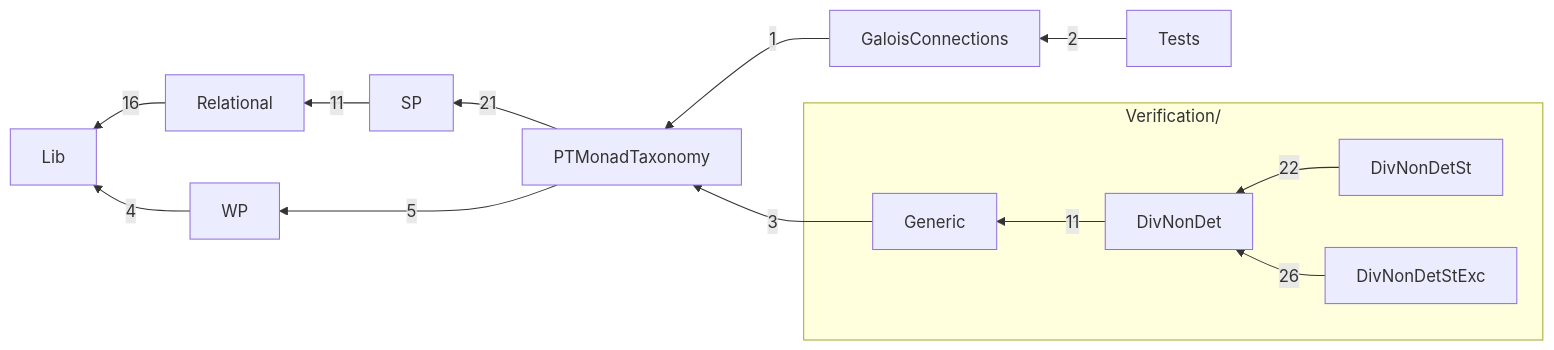
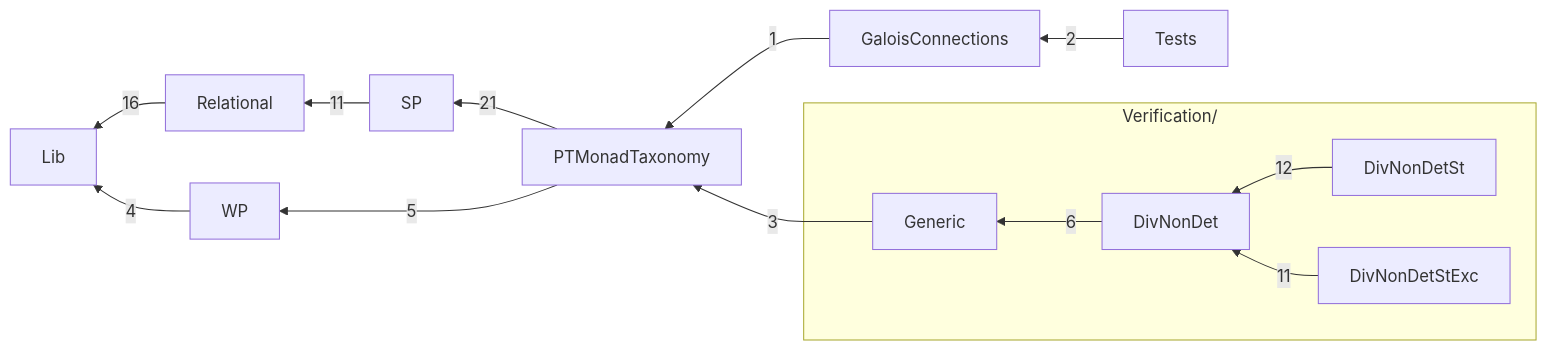
Before and after one commit to lastland/SpecMonad: the diagram in Code/README.md, drawn with Mermaid. The commit also changed 27 other files, not shown here.

````diff
--- a/Code/README.md
+++ b/Code/README.md
@@ -45,20 +45,20 @@
 ```mermaid
 flowchart RL
   subgraph Verification[Verification/]
     Verification_DivNonDet[DivNonDet]
     Verification_DivNonDetSt[DivNonDetSt]
     Verification_DivNonDetStExc[DivNonDetStExc]
     Verification_Generic[Generic]
   end
   GaloisConnections[GaloisConnections] -->|1| PTMonadTaxonomy[PTMonadTaxonomy]
   PTMonadTaxonomy[PTMonadTaxonomy] -->|21| SP[SP]
   PTMonadTaxonomy[PTMonadTaxonomy] -->|5| WP[WP]
   Relational[Relational] -->|16| Lib[Lib]
   SP[SP] -->|11| Relational[Relational]
   Tests[Tests] -->|2| GaloisConnections[GaloisConnections]
-  Verification_DivNonDet -->|11| Verification_Generic
-  Verification_DivNonDetSt -->|22| Verification_DivNonDet
-  Verification_DivNonDetStExc -->|26| Verification_DivNonDet
+  Verification_DivNonDet -->|6| Verification_Generic
+  Verification_DivNonDetSt -->|12| Verification_DivNonDet
+  Verification_DivNonDetStExc -->|11| Verification_DivNonDet
   Verification_Generic -->|3| PTMonadTaxonomy[PTMonadTaxonomy]
   WP[WP] -->|4| Lib[Lib]
 ```
````
